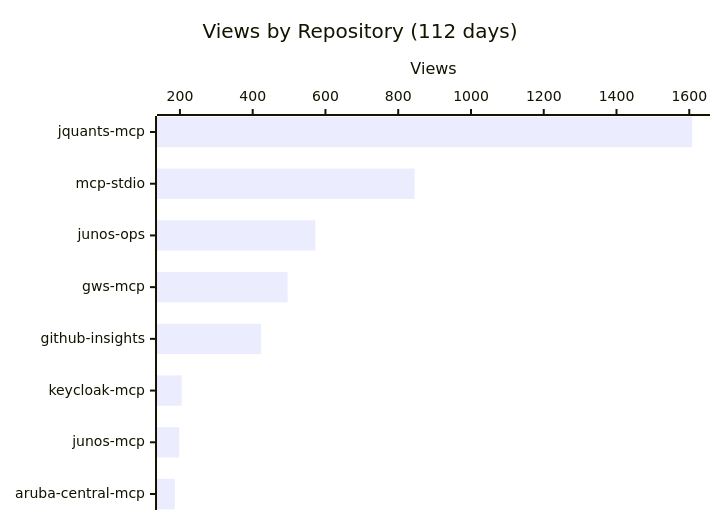
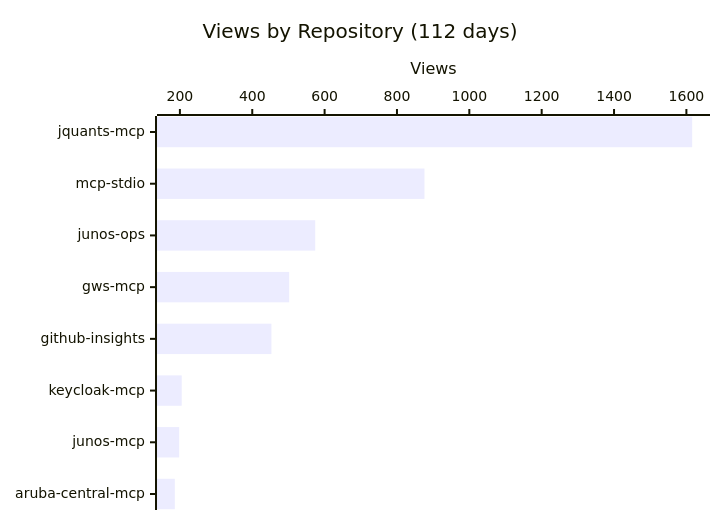
Before and after one commit to shigechika/github-insights: the first of 4 diagrams in README.md, drawn with Mermaid. The commit also changed other lines of this file and 2 other files, not shown here.

````diff
--- a/README.md
+++ b/README.md
@@ -18,7 +18,7 @@
 ```mermaid
 xychart-beta horizontal
     title "Views by Repository (112 days)"
     x-axis ["jquants-mcp", "mcp-stdio", "junos-ops", "gws-mcp", "github-insights", "keycloak-mcp", "junos-mcp", "aruba-central-mcp"]
     y-axis "Views"
-    bar [1608, 845, 572, 496, 423, 205, 198, 186]
+    bar [1616, 876, 574, 502, 453, 205, 198, 186]
 ```
````
